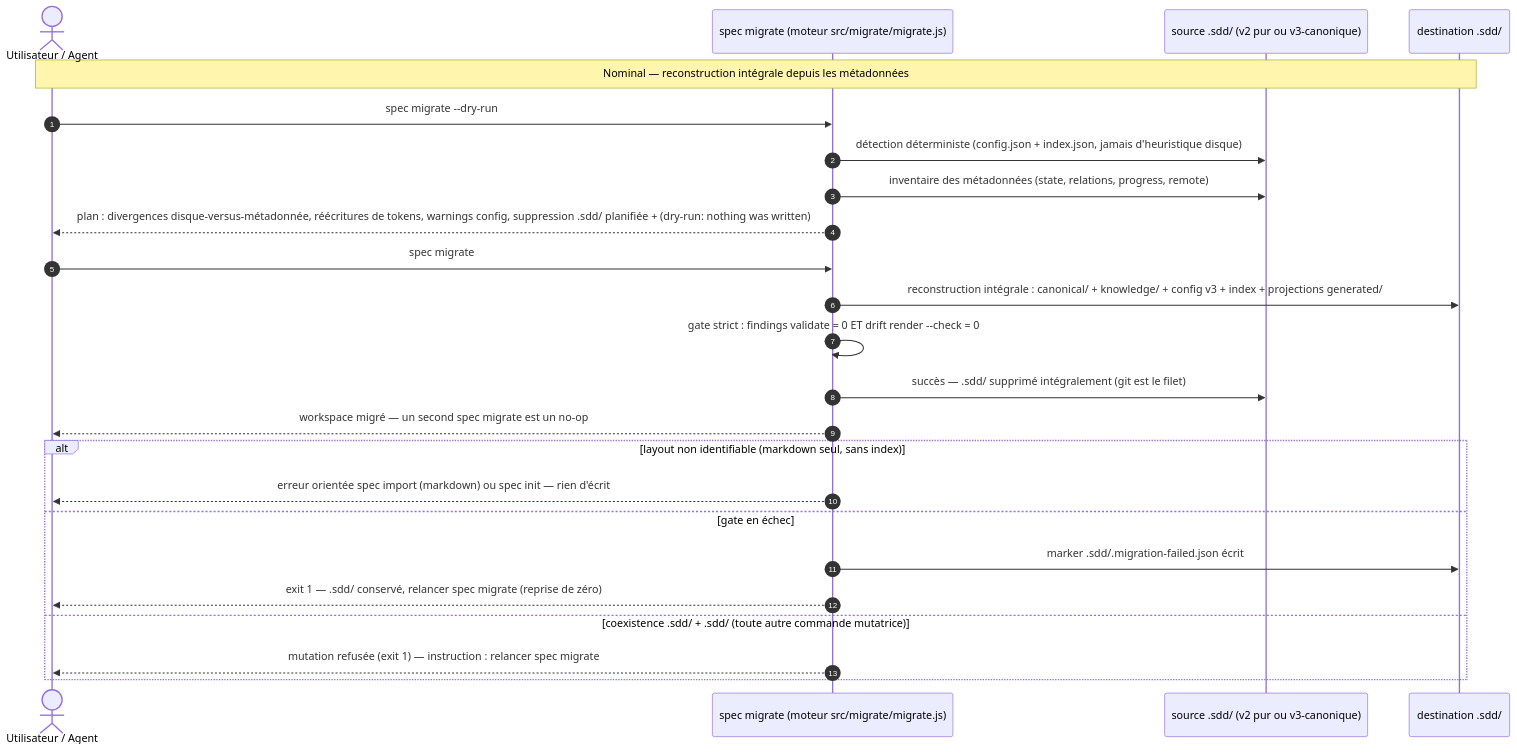
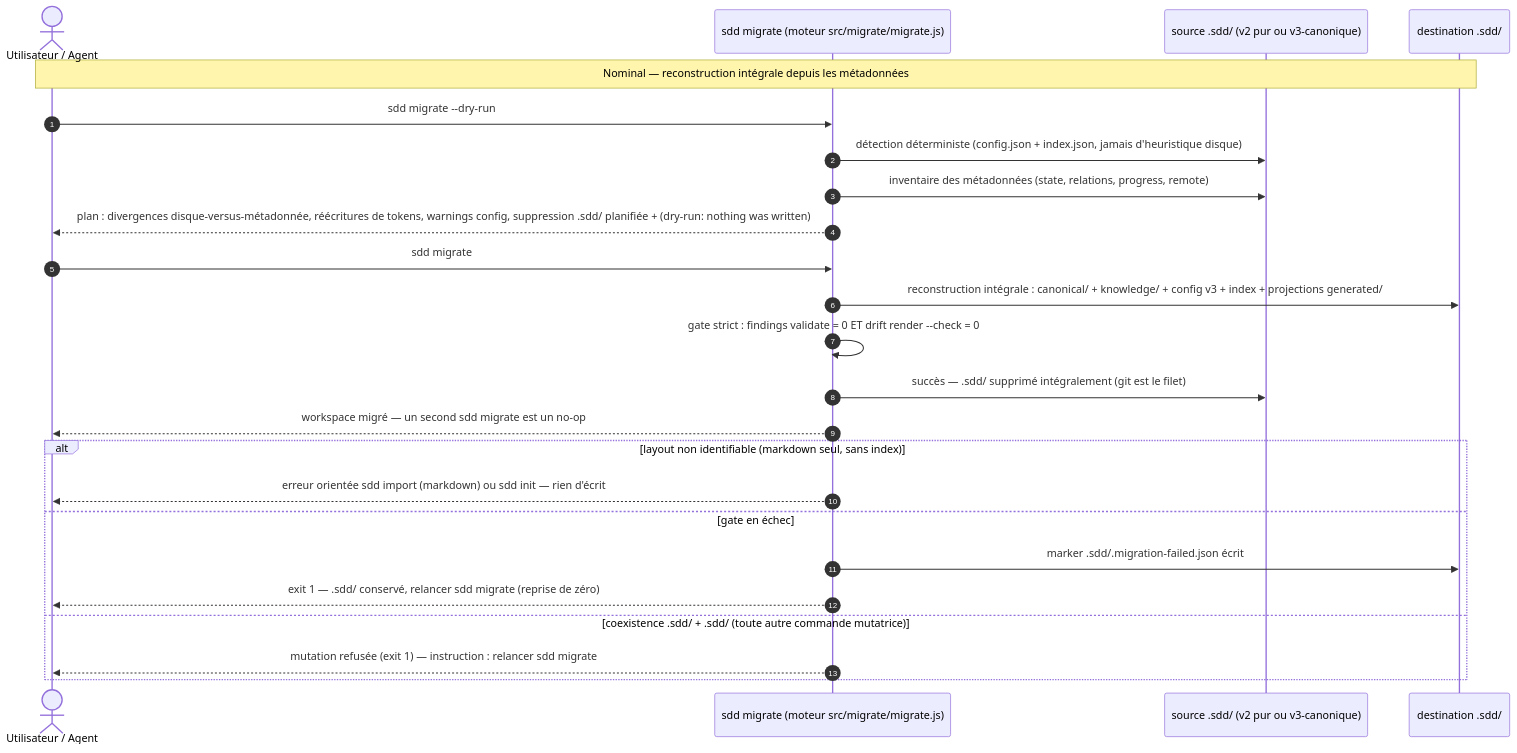
Before and after one commit to ngdo-pro/sdd: the diagram in .sdd/canonical/initiatives/layout-v3/features/03-sdd-migration/specs/003.md, drawn with Mermaid. The commit also changed other lines of this file and 103 other files, not shown here.

First line of the commit message:
feat!: CLI sdd, package agnostique, init déclaratif multi-connecteurs (spec 004)

````diff
--- a/.sdd/canonical/initiatives/layout-v3/features/03-sdd-migration/specs/003.md
+++ b/.sdd/canonical/initiatives/layout-v3/features/03-sdd-migration/specs/003.md
@@ -25,28 +25,28 @@
 ```mermaid
 sequenceDiagram
     autonumber
     actor U as Utilisateur / Agent
-    participant M as spec migrate (moteur src/migrate/migrate.js)
+    participant M as sdd migrate (moteur src/migrate/migrate.js)
     participant S as source .sdd/ (v2 pur ou v3-canonique)
     participant D as destination .sdd/
 
     Note over U,D: Nominal — reconstruction intégrale depuis les métadonnées
-    U->>M: spec migrate --dry-run
+    U->>M: sdd migrate --dry-run
     M->>S: détection déterministe (config.json + index.json, jamais d'heuristique disque)
     M->>S: inventaire des métadonnées (state, relations, progress, remote)
     M-->>U: plan : divergences disque-versus-métadonnée, réécritures de tokens, warnings config, suppression .sdd/ planifiée + (dry-run: nothing was written)
-    U->>M: spec migrate
+    U->>M: sdd migrate
     M->>D: reconstruction intégrale : canonical/ + knowledge/ + config v3 + index + projections generated/
     M->>M: gate strict : findings validate = 0 ET drift render --check = 0
     M->>S: succès — .sdd/ supprimé intégralement (git est le filet)
-    M-->>U: workspace migré — un second spec migrate est un no-op
+    M-->>U: workspace migré — un second sdd migrate est un no-op
 
     alt layout non identifiable (markdown seul, sans index)
-        M-->>U: erreur orientée spec import (markdown) ou spec init — rien d'écrit
+        M-->>U: erreur orientée sdd import (markdown) ou sdd init — rien d'écrit
     else gate en échec
         M->>D: marker .sdd/.migration-failed.json écrit
-        M-->>U: exit 1 — .sdd/ conservé, relancer spec migrate (reprise de zéro)
+        M-->>U: exit 1 — .sdd/ conservé, relancer sdd migrate (reprise de zéro)
     else coexistence .sdd/ + .sdd/ (toute autre commande mutatrice)
-        M-->>U: mutation refusée (exit 1) — instruction : relancer spec migrate
+        M-->>U: mutation refusée (exit 1) — instruction : relancer sdd migrate
     end
 ```
````
